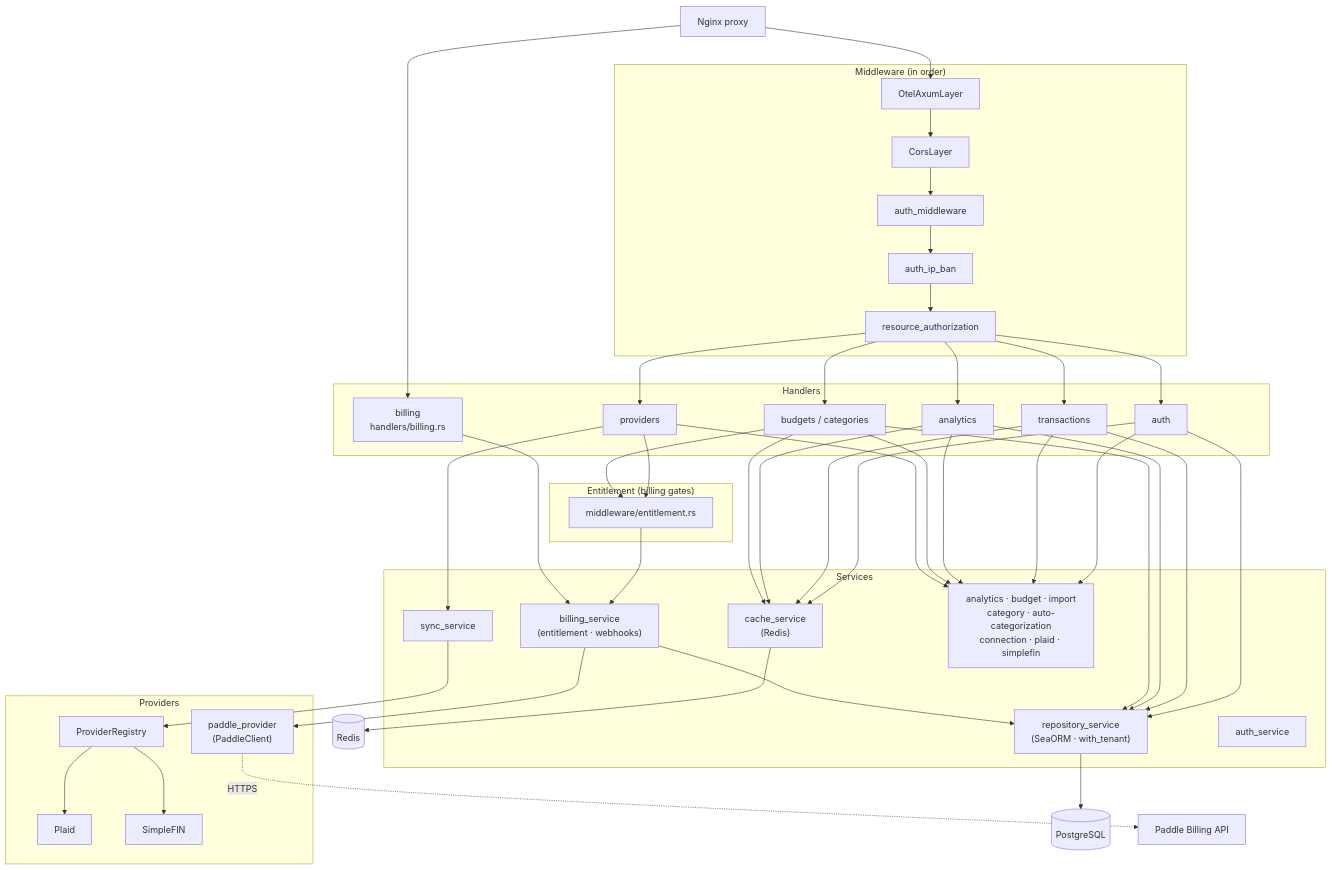
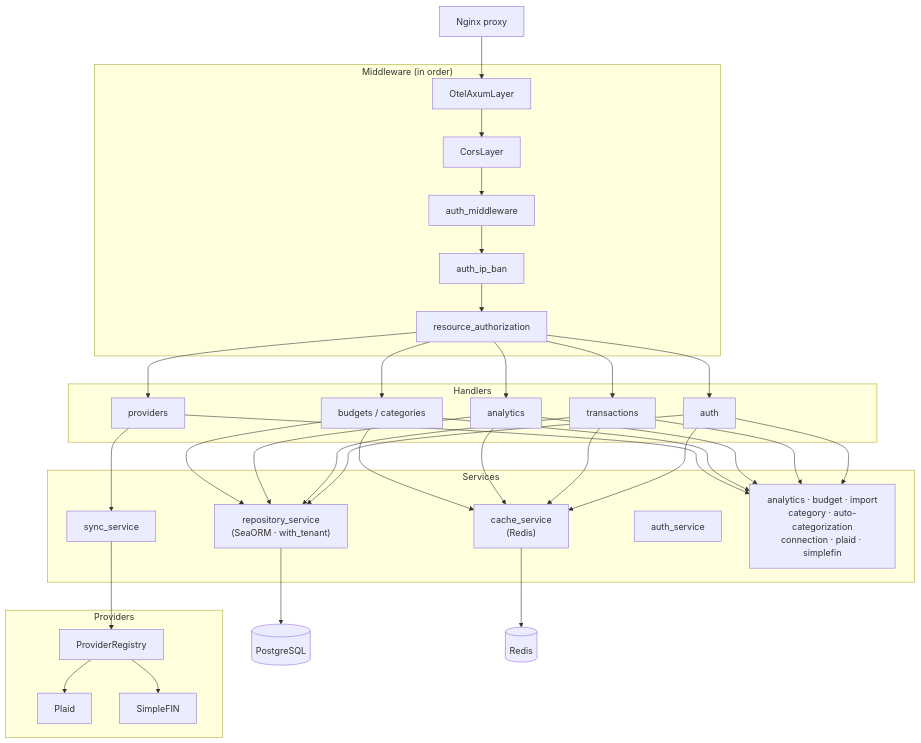
One commit to TwoBitFoundry/sumurai changed the sixth of 8 diagrams in docs/ARCHITECTURE.md. Above: the diagram before and after it, drawn with Mermaid. The commit also changed other lines of this file and 100 other files, not shown here.

Commit message:
feat: remove Paddle billing and entitlement gates (#191)

````diff
--- a/docs/ARCHITECTURE.md
+++ b/docs/ARCHITECTURE.md
@@ -316,56 +225,43 @@
 ```mermaid
 flowchart TD
     Nginx["Nginx proxy"]
 
     subgraph Middleware["Middleware (in order)"]
         MW1["OtelAxumLayer"]
         MW2["CorsLayer"]
         MW3["auth_middleware"]
         MW4["auth_ip_ban"]
         MW5["resource_authorization"]
     end
 
     subgraph Handlers
         H1["auth"]
         H2["transactions"]
         H3["providers"]
         H4["analytics"]
         H5["budgets / categories"]
-        H6["billing\nhandlers/billing.rs"]
-    end
-
-    subgraph MiddlewareExt["Entitlement (billing gates)"]
-        Entitlement["middleware/entitlement.rs"]
     end
 
     subgraph Services
         RepoSvc["repository_service\n(SeaORM · with_tenant)"]
         CacheSvc["cache_service\n(Redis)"]
         SyncSvc["sync_service"]
         AuthSvc["auth_service"]
-        BillingSvc["billing_service\n(entitlement · webhooks)"]
         OtherSvcs["analytics · budget · import\ncategory · auto-categorization\nconnection · plaid · simplefin"]
     end
 
     subgraph Providers
         Registry["ProviderRegistry"]
         P1["Plaid"]
         P2["SimpleFIN"]
-        Paddle["paddle_provider\n(PaddleClient)"]
     end
 
     Nginx --> MW1 --> MW2 --> MW3 --> MW4 --> MW5
     MW5 --> H1 & H2 & H3 & H4 & H5
-    Nginx --> H6
 
     H1 & H2 & H4 & H5 --> RepoSvc & CacheSvc & OtherSvcs
     H3 --> SyncSvc & OtherSvcs
-    H3 & H5 --> Entitlement
-    Entitlement --> BillingSvc
-    H6 --> BillingSvc
     SyncSvc --> Registry --> P1 & P2
-    BillingSvc --> RepoSvc & Paddle
     RepoSvc --> Postgres[("PostgreSQL")]
     CacheSvc --> Redis[("Redis")]
-    Paddle -.->|"HTTPS"| PaddleAPI["Paddle Billing API"]
 ```
````
